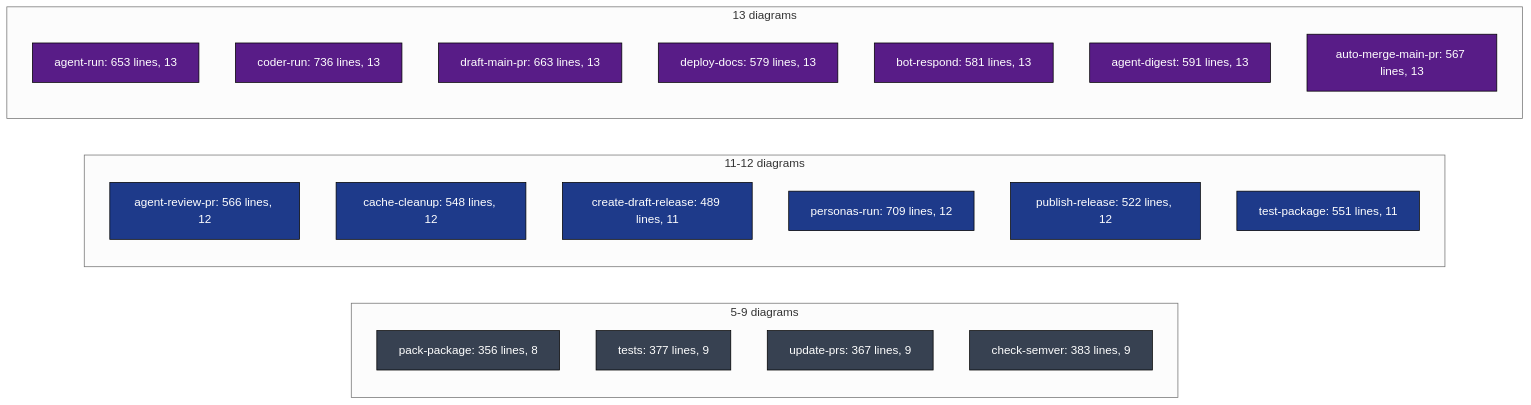
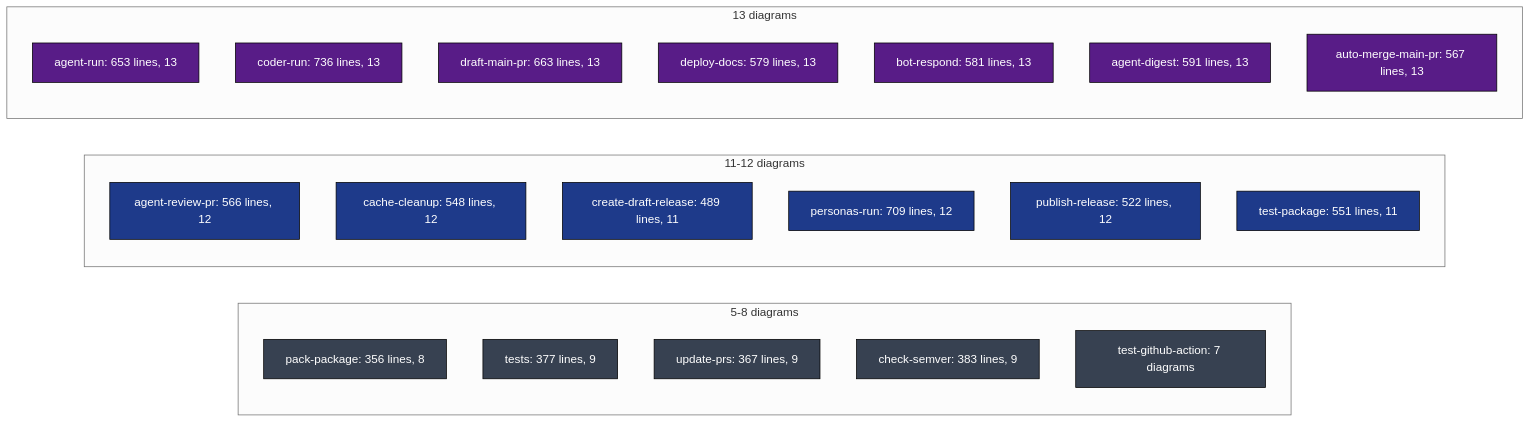
Before and after one commit to gregreindel/llm-exe: the second of 2 diagrams in .github/docs/WORKFLOWS_INDEX.md, drawn with Mermaid (neutral theme). The commit also changed other lines of this file and 3 other files, not shown here.

First line of the commit message:
docs: sync workflow deep dives after test-github-action.yml addition

````diff
--- a/.github/docs/WORKFLOWS_INDEX.md
+++ b/.github/docs/WORKFLOWS_INDEX.md
@@ -109,32 +111,33 @@
 ```mermaid
 flowchart LR
     classDef sm fill:#374151,color:#fff,stroke:#000
     classDef md fill:#1e3a8a,color:#fff,stroke:#000
     classDef lg fill:#581c87,color:#fff,stroke:#000
 
-    subgraph Small["5-9 diagrams"]
+    subgraph Small["5-8 diagrams"]
         S1["pack-package: 356 lines, 8"]:::sm
         S2["tests: 377 lines, 9"]:::sm
         S3["update-prs: 367 lines, 9"]:::sm
         S4["check-semver: 383 lines, 9"]:::sm
+        S5["test-github-action: 7 diagrams"]:::sm
     end
 
     subgraph Medium["11-12 diagrams"]
         M1["agent-review-pr: 566 lines, 12"]:::md
         M2["cache-cleanup: 548 lines, 12"]:::md
         M3["create-draft-release: 489 lines, 11"]:::md
         M4["personas-run: 709 lines, 12"]:::md
         M5["publish-release: 522 lines, 12"]:::md
         M6["test-package: 551 lines, 11"]:::md
     end
 
     subgraph Large["13 diagrams"]
         L1["agent-run: 653 lines, 13"]:::lg
         L2["coder-run: 736 lines, 13"]:::lg
         L3["draft-main-pr: 663 lines, 13"]:::lg
         L4["deploy-docs: 579 lines, 13"]:::lg
         L5["bot-respond: 581 lines, 13"]:::lg
         L6["agent-digest: 591 lines, 13"]:::lg
         L7["auto-merge-main-pr: 567 lines, 13"]:::lg
     end
 ```
````
